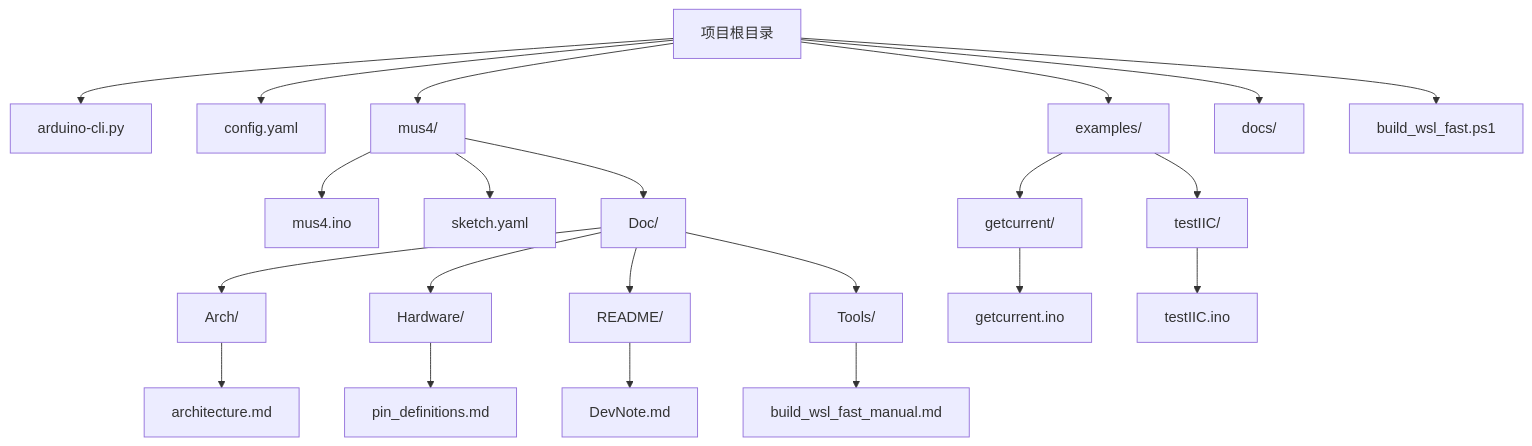
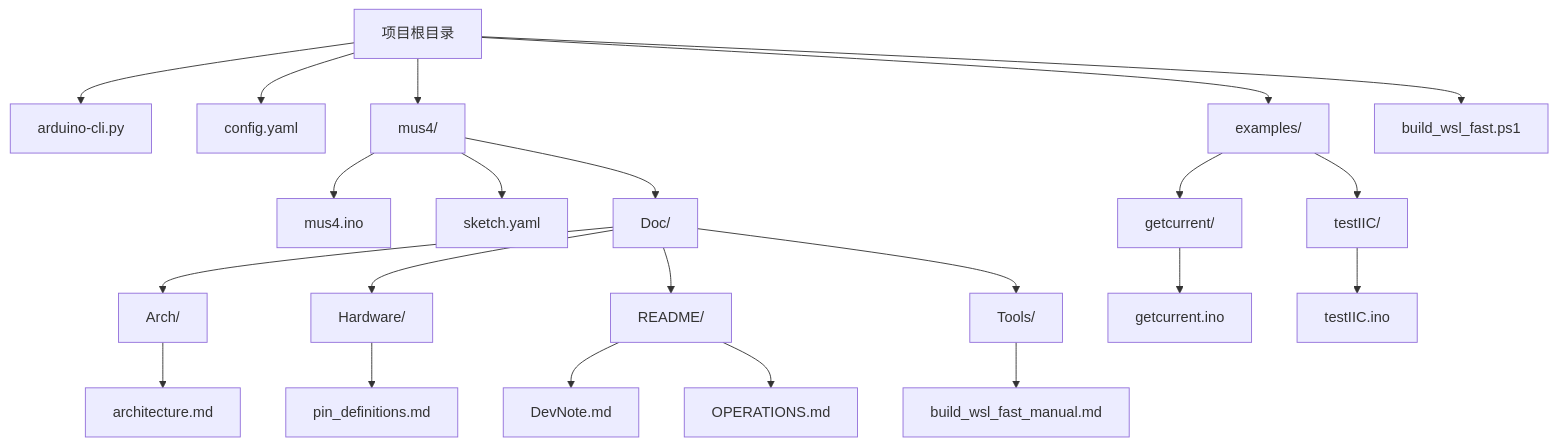
The first of 17 diagrams in .qoder/repowiki/zh/content/开发工具与配置/Arduino CLI自动化.md (DonkeyDrift/Firmware), drawn with Mermaid before and after one commit. The commit also changed other lines of this file and 3 other files, not shown here.

````diff
--- a/.qoder/repowiki/zh/content/开发工具与配置/Arduino CLI自动化.md
+++ b/.qoder/repowiki/zh/content/开发工具与配置/Arduino CLI自动化.md
@@ -49,24 +50,24 @@
 ```mermaid
 graph TD
 A[项目根目录] --> B[arduino-cli.py]
 A --> C[config.yaml]
 A --> D[mus4/]
 A --> E[examples/]
-A --> F[docs/]
-A --> G[build_wsl_fast.ps1]
+A --> F[build_wsl_fast.ps1]
 D --> H[mus4.ino]
 D --> I[sketch.yaml]
 D --> J[Doc/]
 J --> K[Arch/]
 J --> L[Hardware/]
 J --> M[README/]
 J --> N[Tools/]
 N --> O[build_wsl_fast_manual.md]
 E --> P[getcurrent/]
 E --> Q[testIIC/]
 P --> R[getcurrent.ino]
 Q --> S[testIIC.ino]
 K --> T[architecture.md]
 L --> U[pin_definitions.md]
 M --> V[DevNote.md]
+M --> W[OPERATIONS.md]
 ```
````
